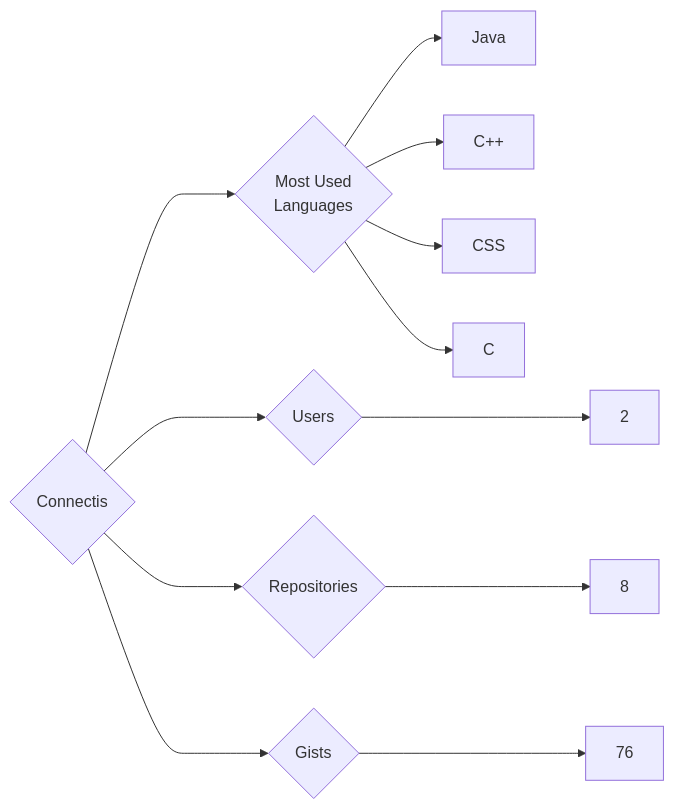
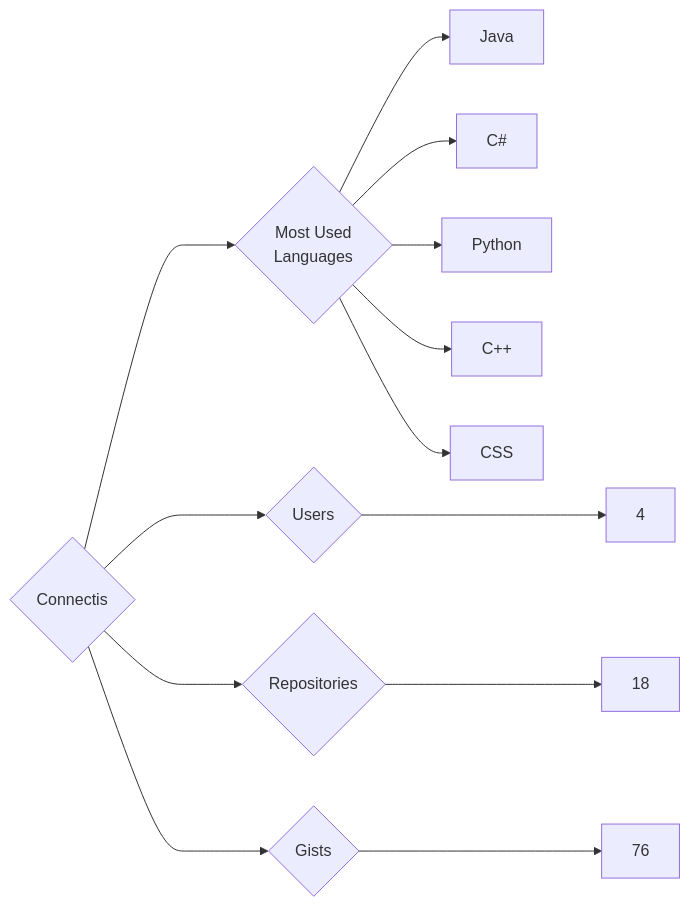
The diagram in targets/Connectis/README.md (trickest/insiders), drawn with Mermaid before and after one commit. The commit also changed 912 other files, not shown here.

````diff
--- a/targets/Connectis/README.md
+++ b/targets/Connectis/README.md
@@ -3,12 +3,13 @@
 ```mermaid
 graph LR
 COMPANY_NAME{Connectis}
-COMPANY_NAME ---> U{Users} ---> UN[2]
-COMPANY_NAME ---> R{Repositories} ---> RN[8]
+COMPANY_NAME ---> U{Users} ---> UN[4]
+COMPANY_NAME ---> R{Repositories} ---> RN[18]
 COMPANY_NAME ---> G{Gists} ---> GN[76]
 COMPANY_NAME ---> ML{Most Used<br>Languages}
 ML --> Java[Java]
+ML --> C#[C#]
+ML --> Python[Python]
 ML --> C++[C++]
 ML --> CSS[CSS]
-ML --> C[C]
 ```
````
